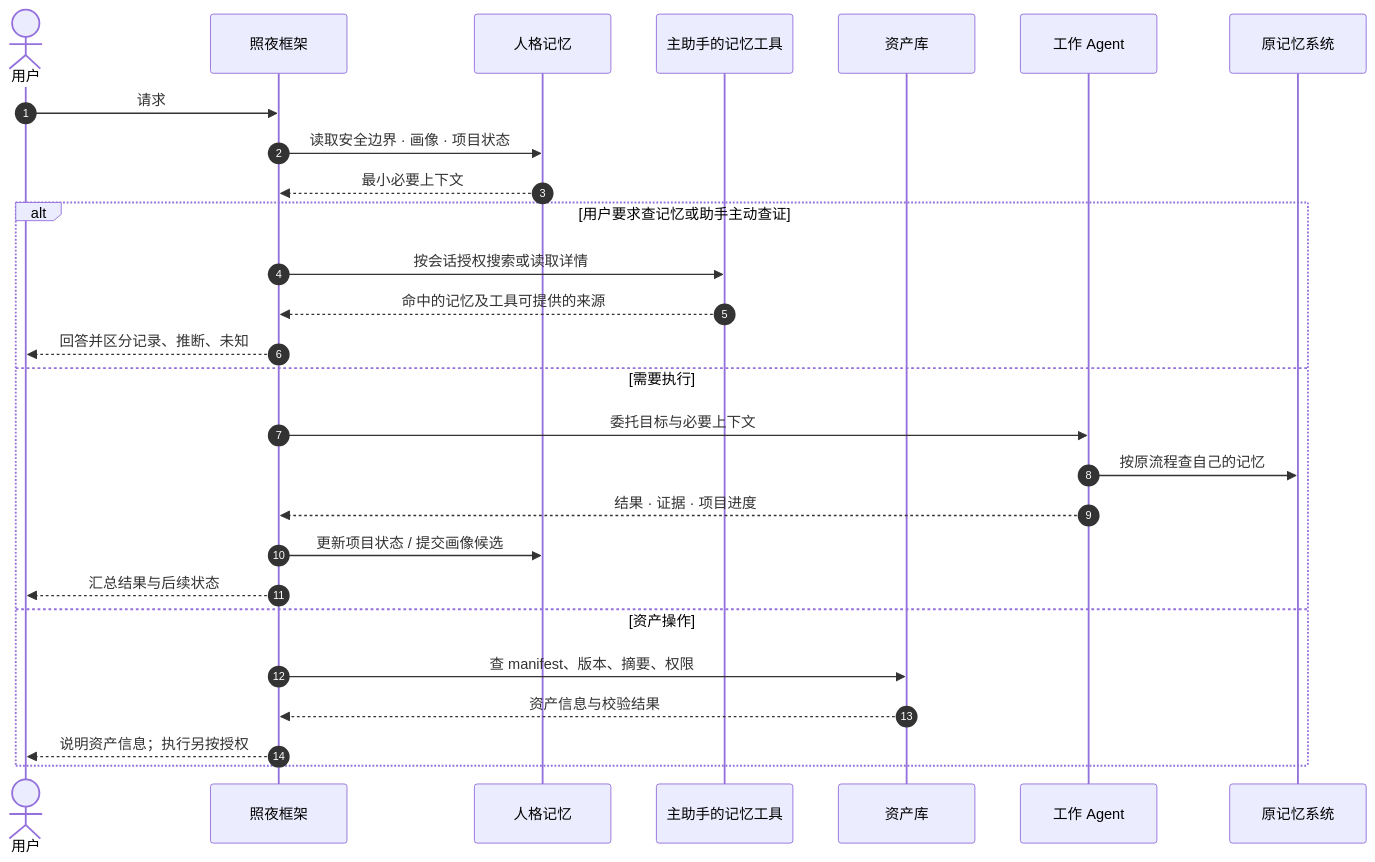
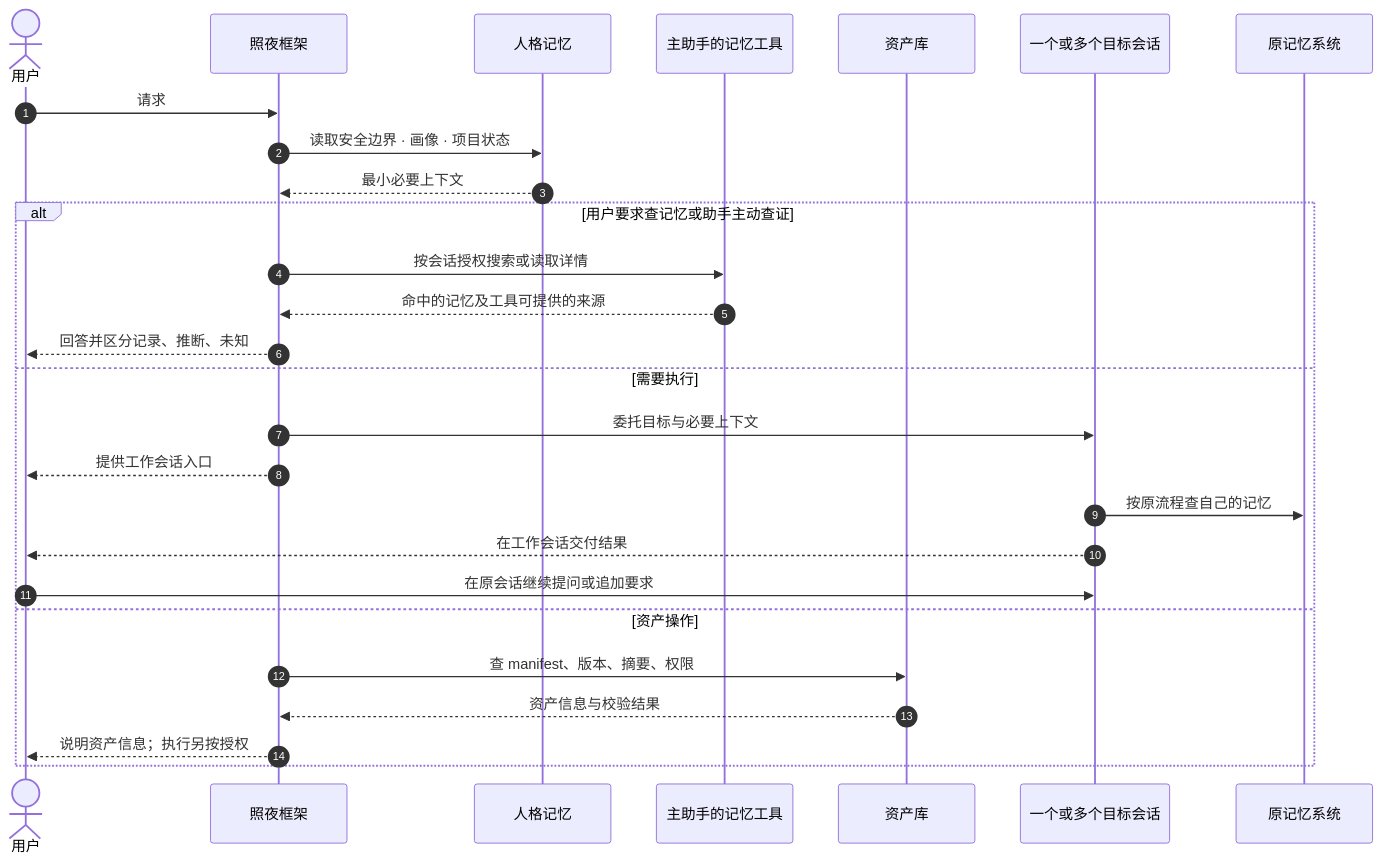
The second of 2 diagrams in docs/01-架构基线.md (yuan-aaas/zhaoye-mem), drawn with Mermaid before and after one commit. The commit also changed other lines of this file and 15 other files, not shown here.

````diff
--- a/docs/01-架构基线.md
+++ b/docs/01-架构基线.md
@@ -124,30 +124,30 @@
 ```mermaid
 sequenceDiagram
     autonumber
     actor U as 用户
     participant F as 照夜框架
     participant I as 人格记忆
     participant T as 主助手的记忆工具
     participant A as 资产库
-    participant W as 工作 Agent
+    participant W as 一个或多个目标会话
     participant M as 原记忆系统
 
     U->>F: 请求
     F->>I: 读取安全边界 · 画像 · 项目状态
     I-->>F: 最小必要上下文
     alt 用户要求查记忆或助手主动查证
         F->>T: 按会话授权搜索或读取详情
         T-->>F: 命中的记忆及工具可提供的来源
         F-->>U: 回答并区分记录、推断、未知
     else 需要执行
         F->>W: 委托目标与必要上下文
+        F-->>U: 提供工作会话入口
         W->>M: 按原流程查自己的记忆
-        W-->>F: 结果 · 证据 · 项目进度
-        F->>I: 更新项目状态 / 提交画像候选
-        F-->>U: 汇总结果与后续状态
+        W-->>U: 在工作会话交付结果
+        U->>W: 在原会话继续提问或追加要求
     else 资产操作
         F->>A: 查 manifest、版本、摘要、权限
         A-->>F: 资产信息与校验结果
         F-->>U: 说明资产信息；执行另按授权
     end
 ```
````
